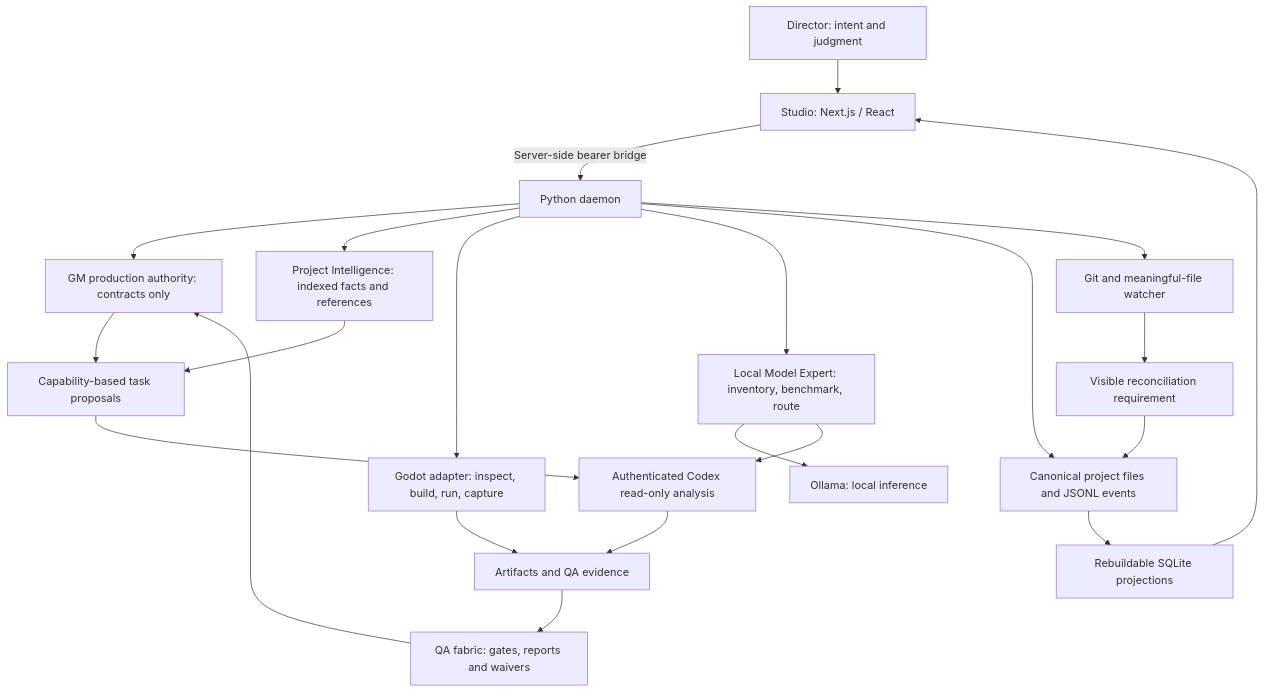
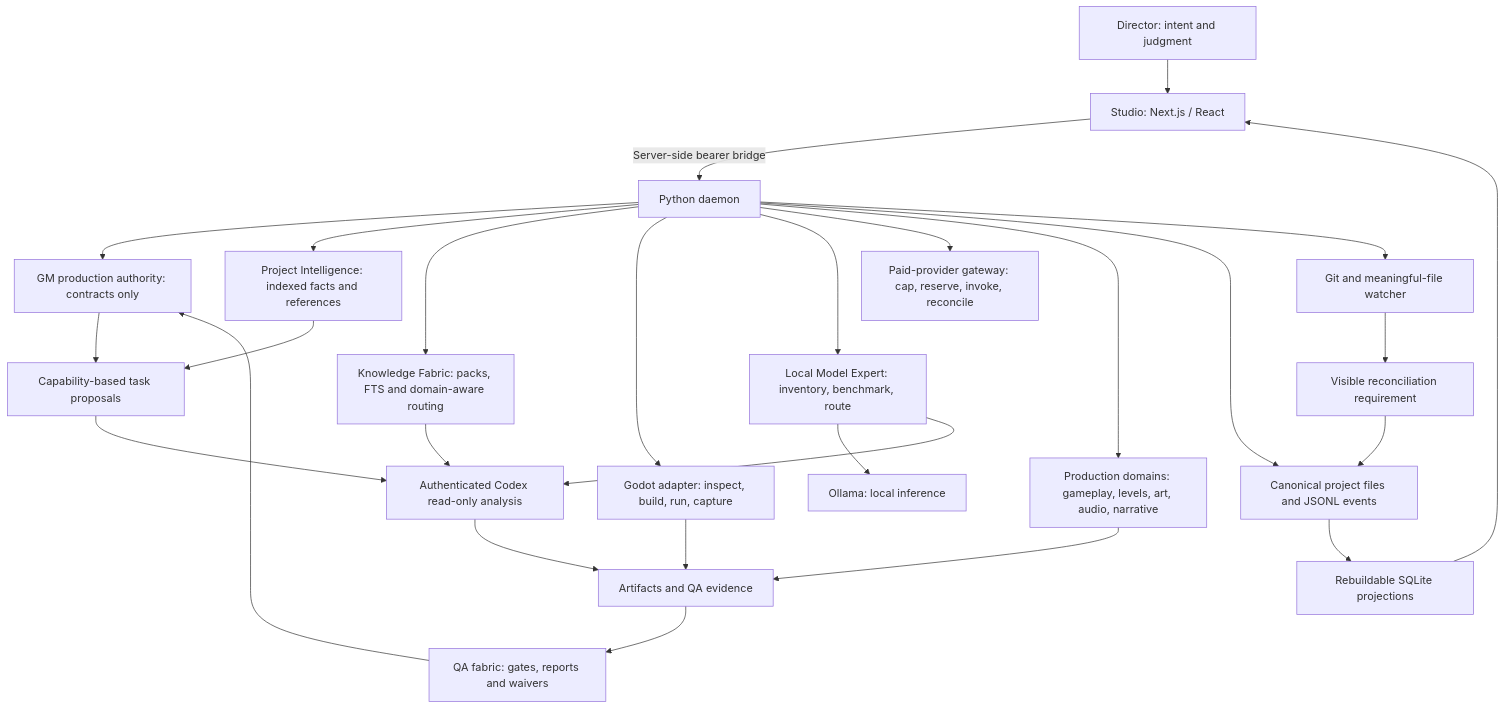
The diagram in README.md (orenshved/GAN), drawn with Mermaid before and after one commit. The commit also changed other lines of this file and 83 other files, not shown here.

First line of the commit message:
feat: complete knowledge fabric checkpoint

````diff
--- a/README.md
+++ b/README.md
@@ -32,24 +47,29 @@
 ```mermaid
 flowchart TD
   Human[Director: intent and judgment] --> Studio[Studio: Next.js / React]
   Studio -->|Server-side bearer bridge| Daemon[Python daemon]
   Daemon --> GM[GM production authority: contracts only]
   Daemon --> Intelligence[Project Intelligence: indexed facts and references]
+  Daemon --> Knowledge[Knowledge Fabric: packs, FTS and domain-aware routing]
   Daemon --> Godot[Godot adapter: inspect, build, run, capture]
   Daemon --> Router[Local Model Expert: inventory, benchmark, route]
+  Daemon --> Gateway[Paid-provider gateway: cap, reserve, invoke, reconcile]
+  Daemon --> Domains[Production domains: gameplay, levels, art, audio, narrative]
   Router --> Ollama[Ollama: local inference]
   Router --> Workers
   GM --> Tasks[Capability-based task proposals]
   Intelligence --> Tasks
+  Knowledge --> Workers
   Tasks --> Workers[Authenticated Codex read-only analysis]
   Workers --> Evidence[Artifacts and QA evidence]
   Godot --> Evidence
+  Domains --> Evidence
   Evidence --> QA[QA fabric: gates, reports and waivers]
   QA --> GM
   Daemon --> History[Canonical project files and JSONL events]
   Daemon --> Watcher[Git and meaningful-file watcher]
   Watcher --> Reconcile[Visible reconciliation requirement]
   Reconcile --> History
   History --> SQLite[Rebuildable SQLite projections]
   SQLite --> Studio
 ```
````
